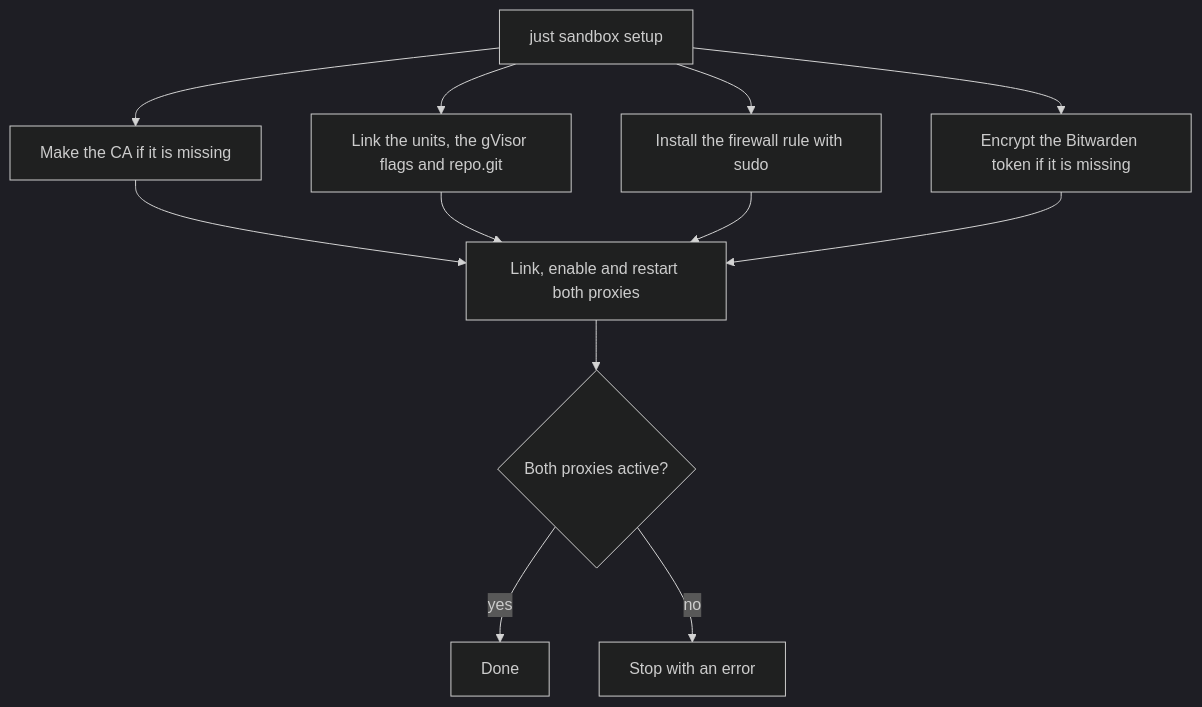
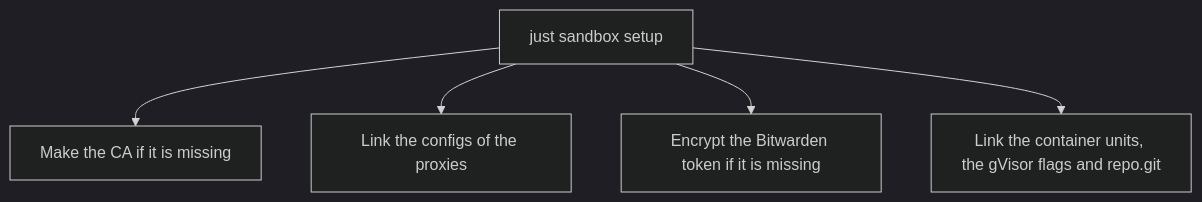
The second of 7 diagrams in .sandbox/docs/internals.md (raghav19/engineersdaybook), drawn with Mermaid (dark theme) before and after one commit. The commit also changed other lines of this file and 2 other files, not shown here.

First line of the commit message:
docs: describe the proxies as containers

````diff
--- a/.sandbox/docs/internals.md
+++ b/.sandbox/docs/internals.md
@@ -88,14 +87,7 @@
 ```mermaid
 flowchart TD
     A["just sandbox setup"] --> B["Make the CA if it is missing"]
-    A --> C["Link the units, the gVisor flags and repo.git"]
-    A --> D["Install the firewall rule with sudo"]
-    A --> E["Encrypt the Bitwarden token if it is missing"]
-    B --> F["Link, enable and restart both proxies"]
-    C --> F
-    D --> F
-    E --> F
-    F --> G{"Both proxies active?"}
-    G -->|yes| H["Done"]
-    G -->|no| I["Stop with an error"]
+    A --> C["Link the configs of the proxies"]
+    A --> D["Encrypt the Bitwarden token if it is missing"]
+    A --> E["Link the container units, the gVisor flags and repo.git"]
 ```
````
